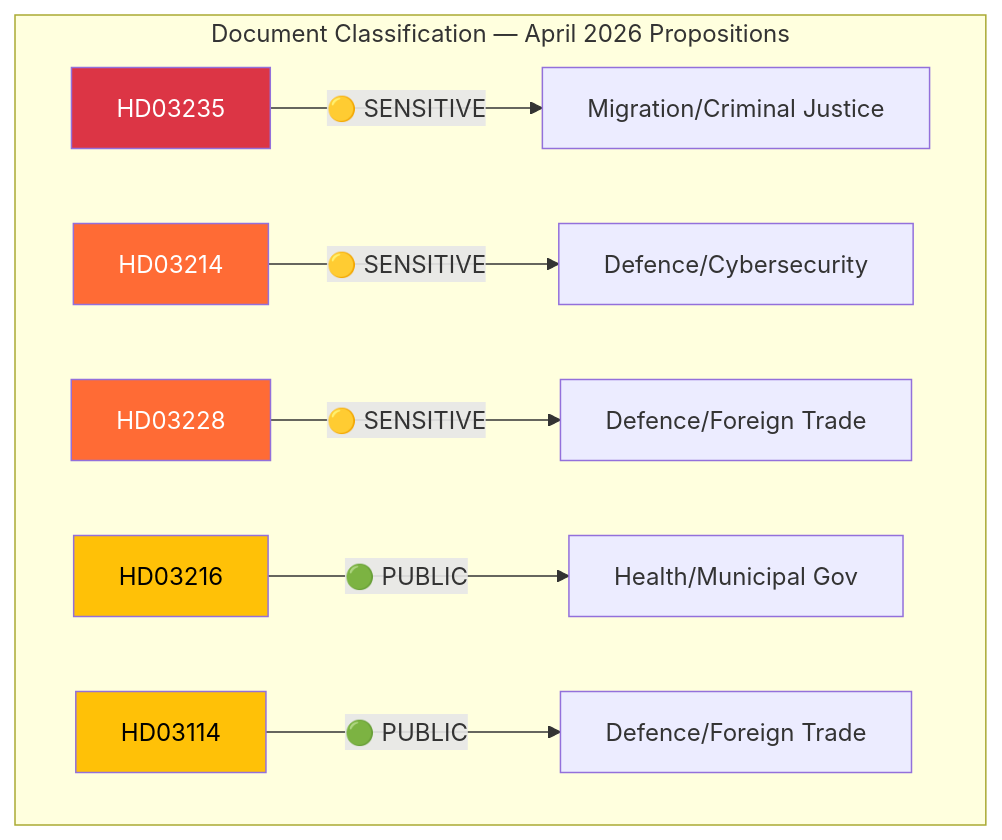
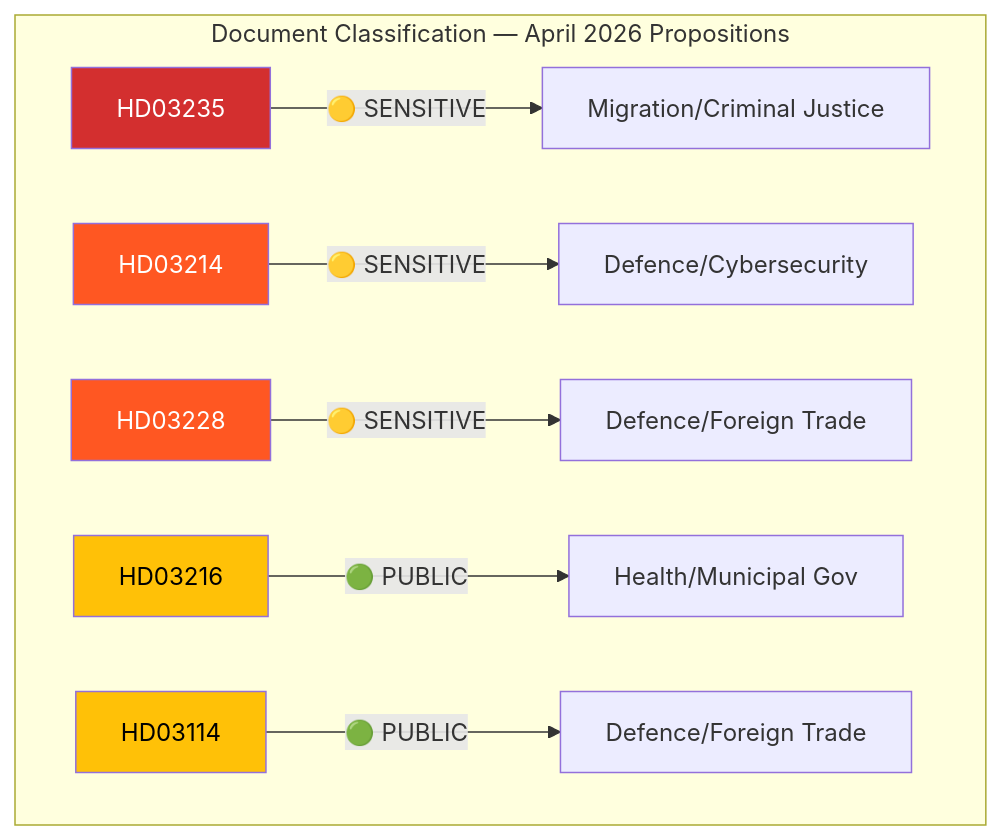
Before and after one commit to Hack23/riksdagsmonitor: the diagram in analysis/daily/2026-04-10/propositions/classification-results.md, drawn with Mermaid. The commit also changed 785 other files, not shown here.

First line of the commit message:
Normalize mermaid colors across 786 analysis artifacts to ISMS Style Guide palette

````diff
--- a/analysis/daily/2026-04-10/propositions/classification-results.md
+++ b/analysis/daily/2026-04-10/propositions/classification-results.md
@@ -15,15 +15,15 @@
 ```mermaid
 graph TD
     subgraph "Document Classification — April 2026 Propositions"
         D1["HD03235"] --> |"🟡 SENSITIVE"| S1["Migration/Criminal Justice"]
         D2["HD03214"] --> |"🟡 SENSITIVE"| S2["Defence/Cybersecurity"]
         D3["HD03228"] --> |"🟡 SENSITIVE"| S3["Defence/Foreign Trade"]
         D4["HD03216"] --> |"🟢 PUBLIC"| S4["Health/Municipal Gov"]
         D5["HD03114"] --> |"🟢 PUBLIC"| S5["Defence/Foreign Trade"]
     end
-    style D1 fill:#dc3545,color:#fff
-    style D2 fill:#ff6b35,color:#fff
-    style D3 fill:#ff6b35,color:#fff
-    style D4 fill:#ffc107,color:#000
-    style D5 fill:#ffc107,color:#000
+    style D1 fill:#D32F2F,color:#FFFFFF
+    style D2 fill:#FF5722,color:#FFFFFF
+    style D3 fill:#FF5722,color:#FFFFFF
+    style D4 fill:#FFC107,color:#000000
+    style D5 fill:#FFC107,color:#000000
 ```
````
